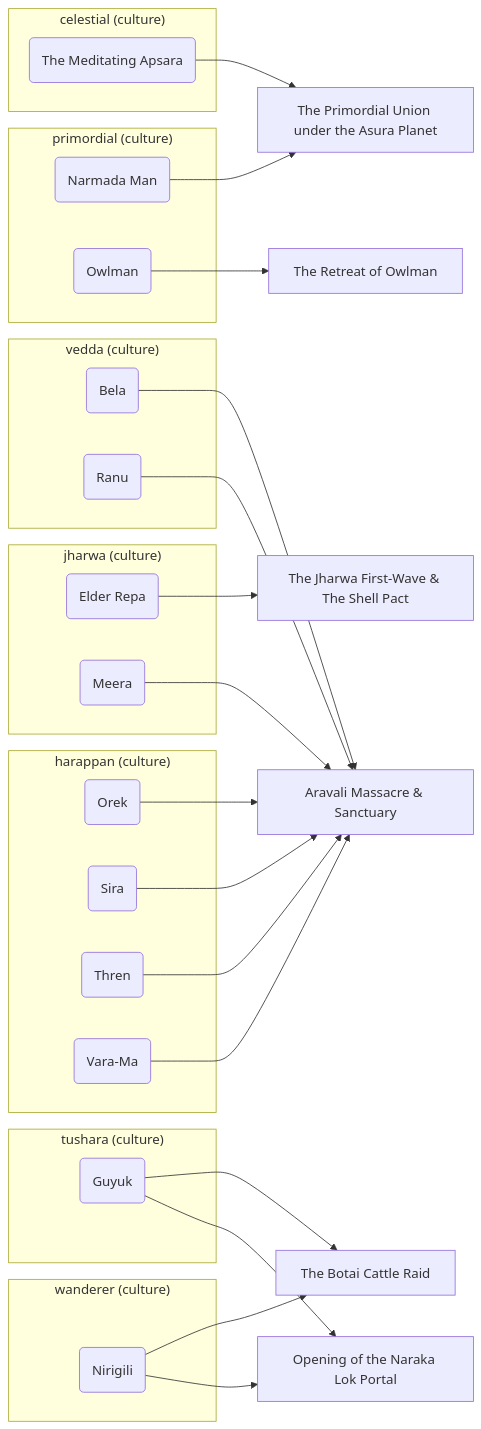
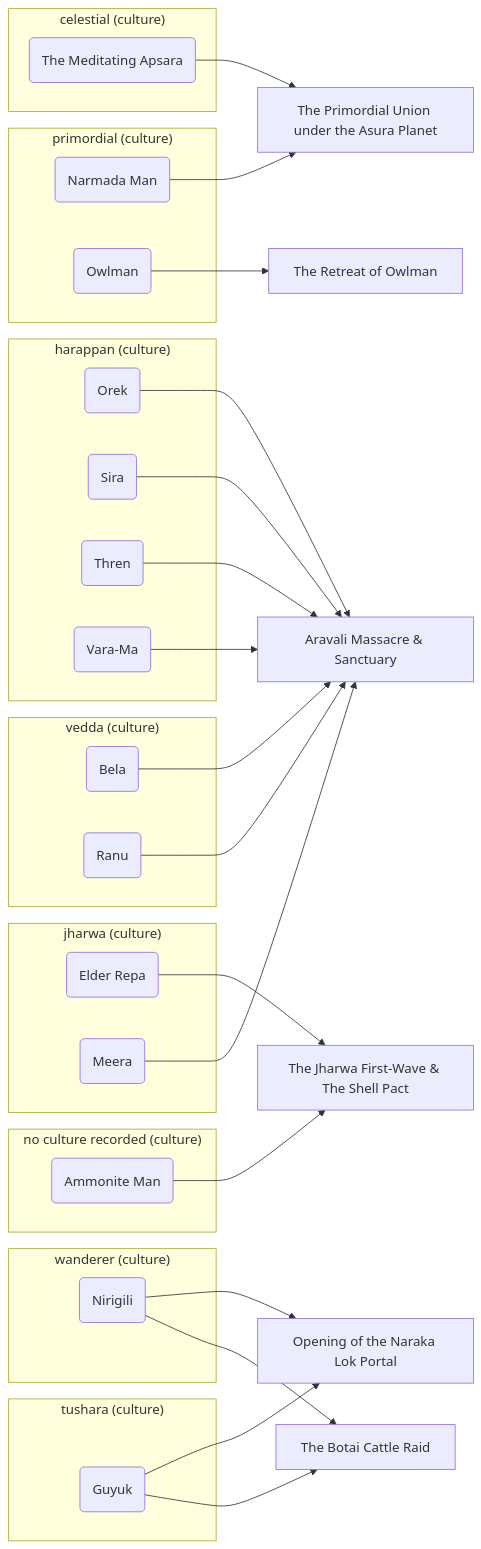
Before and after one commit to lordlebu/SouthOfTethys: the third of 6 diagrams in docs/memory_map.md, drawn with Mermaid. The commit also changed other lines of this file and 23 other files, not shown here.

First line of the commit message:
Withhold the Prehistoric map, give Guyuk a second life, and move the Ammonite Man

````diff
--- a/docs/memory_map.md
+++ b/docs/memory_map.md
@@ -72,51 +77,55 @@
 ```mermaid
 graph LR
   subgraph grp_celestial["celestial (culture)"]
     character_meditating_apsara("The Meditating Apsara")
   end
   subgraph grp_harappan["harappan (culture)"]
     character_orek("Orek")
     character_sira("Sira")
     character_thren("Thren")
     character_vara_ma("Vara-Ma")
   end
   subgraph grp_jharwa["jharwa (culture)"]
     character_jharwa_elder_repa("Elder Repa")
     character_meera("Meera")
+  end
+  subgraph grp_no_culture_recorded["no culture recorded (culture)"]
+    character_ammonite_man("Ammonite Man")
   end
   subgraph grp_primordial["primordial (culture)"]
     character_narmada_man("Narmada Man")
     character_owlman("Owlman")
   end
   subgraph grp_tushara["tushara (culture)"]
     character_guyuk("Guyuk")
   end
   subgraph grp_vedda["vedda (culture)"]
     character_bela("Bela")
     character_ranu("Ranu")
   end
   subgraph grp_wanderer["wanderer (culture)"]
     character_nirigili("Nirigili")
   end
   event_aravali_massacre["Aravali Massacre & Sanctuary"]
   event_botai_cattle_raid["The Botai Cattle Raid"]
   event_jharwa_first_wave_shell_pact["The Jharwa First-Wave & The Shell Pact"]
   event_naraka_portal["Opening of the Naraka Lok Portal"]
   event_retreat_of_owlman["The Retreat of Owlman"]
   event_union_narmada_man_apsara["The Primordial Union under the Asura Planet"]
+  character_ammonite_man --> event_jharwa_first_wave_shell_pact
   character_bela --> event_aravali_massacre
   character_guyuk --> event_botai_cattle_raid
   character_guyuk --> event_naraka_portal
   character_jharwa_elder_repa --> event_jharwa_first_wave_shell_pact
   character_meditating_apsara --> event_union_narmada_man_apsara
   character_meera --> event_aravali_massacre
   character_narmada_man --> event_union_narmada_man_apsara
   character_nirigili --> event_botai_cattle_raid
   character_nirigili --> event_naraka_portal
   character_orek --> event_aravali_massacre
   character_owlman --> event_retreat_of_owlman
   character_ranu --> event_aravali_massacre
   character_sira --> event_aravali_massacre
   character_thren --> event_aravali_massacre
   character_vara_ma --> event_aravali_massacre
 ```
````
